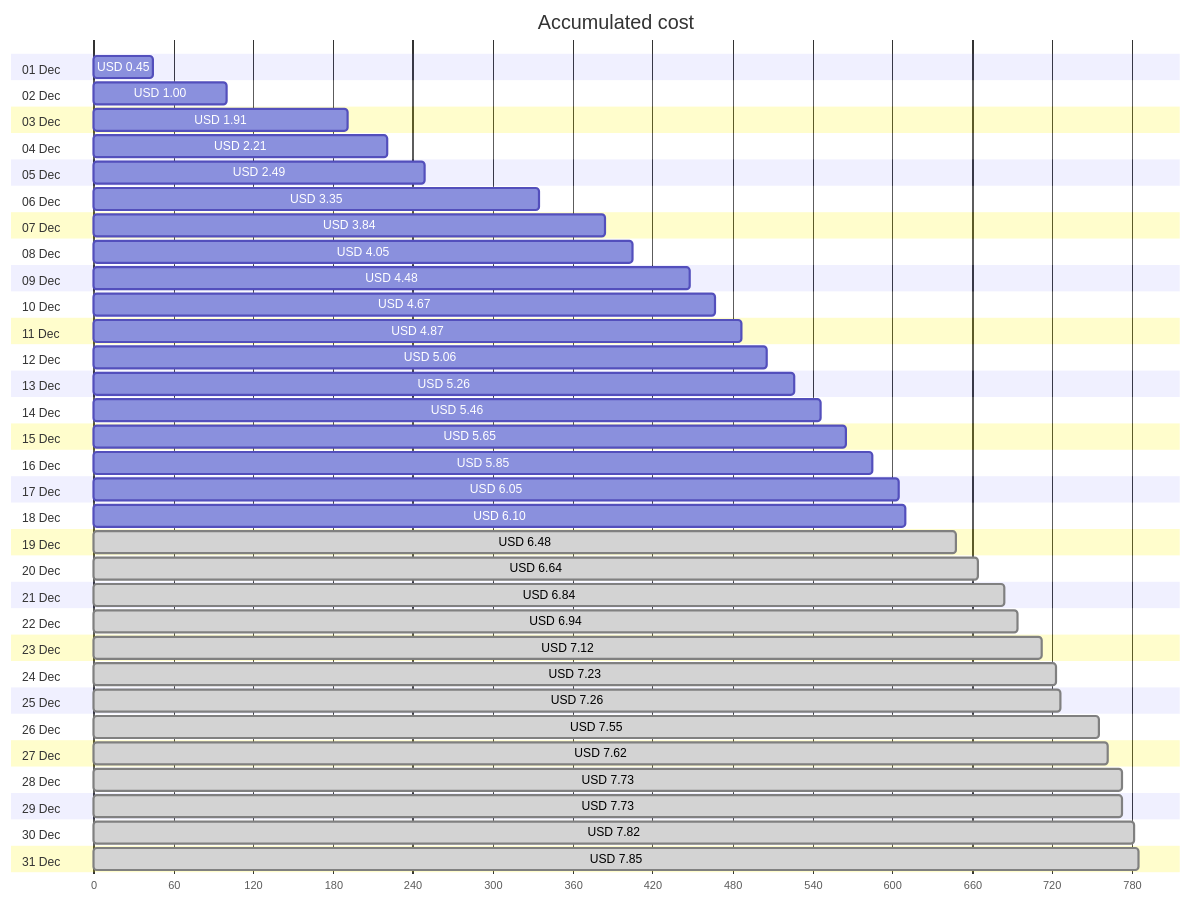
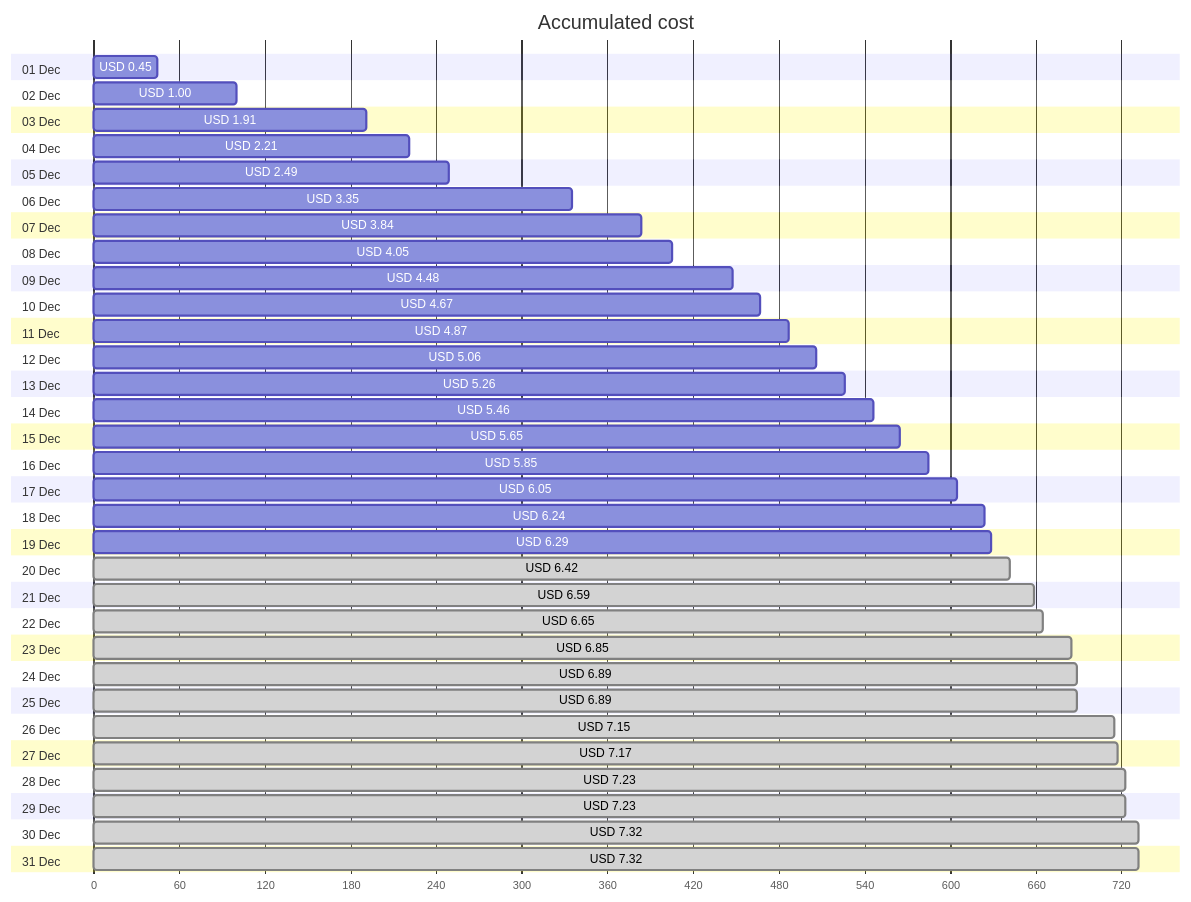
The first of 4 diagrams in cost-reports/personal-network/vpn-server.md (jpfulton/azure-personal-reports), drawn with Mermaid before and after one commit. The commit also changed other lines of this file and 8 other files, not shown here.

````diff
--- a/cost-reports/personal-network/vpn-server.md
+++ b/cost-reports/personal-network/vpn-server.md
@@ -20,68 +20,68 @@
 ```mermaid
 gantt
    title Accumulated cost
    dateFormat  X
    axisFormat %s
    section 01 Dec
    USD 0.45 :0, 45
    section 02 Dec
    USD 1.00 :0, 100
    section 03 Dec
    USD 1.91 :0, 191
    section 04 Dec
    USD 2.21 :0, 221
    section 05 Dec
    USD 2.49 :0, 249
    section 06 Dec
    USD 3.35 :0, 335
    section 07 Dec
    USD 3.84 :0, 384
    section 08 Dec
    USD 4.05 :0, 405
    section 09 Dec
    USD 4.48 :0, 448
    section 10 Dec
    USD 4.67 :0, 467
    section 11 Dec
    USD 4.87 :0, 487
    section 12 Dec
    USD 5.06 :0, 506
    section 13 Dec
    USD 5.26 :0, 526
    section 14 Dec
    USD 5.46 :0, 546
    section 15 Dec
    USD 5.65 :0, 565
    section 16 Dec
    USD 5.85 :0, 585
    section 17 Dec
    USD 6.05 :0, 605
    section 18 Dec
-   USD 6.10 :0, 610
+   USD 6.24 :0, 624
    section 19 Dec
-   USD 6.48 : done, 0, 648
+   USD 6.29 :0, 629
    section 20 Dec
-   USD 6.64 : done, 0, 664
+   USD 6.42 : done, 0, 642
    section 21 Dec
-   USD 6.84 : done, 0, 684
+   USD 6.59 : done, 0, 659
    section 22 Dec
-   USD 6.94 : done, 0, 694
+   USD 6.65 : done, 0, 665
    section 23 Dec
-   USD 7.12 : done, 0, 712
+   USD 6.85 : done, 0, 685
    section 24 Dec
+   USD 6.89 : done, 0, 689
+   section 25 Dec
+   USD 6.89 : done, 0, 689
+   section 26 Dec
+   USD 7.15 : done, 0, 715
+   section 27 Dec
+   USD 7.17 : done, 0, 717
+   section 28 Dec
    USD 7.23 : done, 0, 723
-   section 25 Dec
-   USD 7.26 : done, 0, 726
-   section 26 Dec
-   USD 7.55 : done, 0, 755
-   section 27 Dec
-   USD 7.62 : done, 0, 762
-   section 28 Dec
-   USD 7.73 : done, 0, 773
    section 29 Dec
-   USD 7.73 : done, 0, 773
+   USD 7.23 : done, 0, 723
    section 30 Dec
-   USD 7.82 : done, 0, 782
+   USD 7.32 : done, 0, 732
    section 31 Dec
-   USD 7.85 : done, 0, 785
+   USD 7.32 : done, 0, 732
 ```
````
